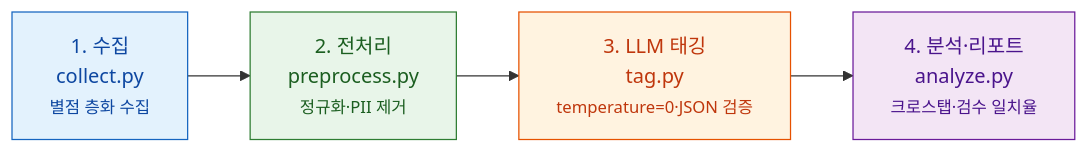
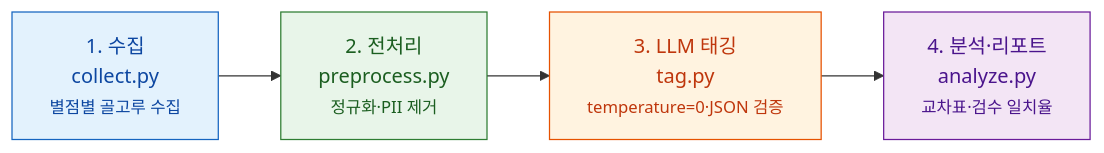
One commit to steve0joo/snow-ai-cs changed the second of 2 diagrams in README.md. Above: the diagram before and after it, drawn with Mermaid. The commit also changed other lines of this file, not shown here.

````diff
--- a/README.md
+++ b/README.md
@@ -201,10 +139,10 @@
 ```mermaid
 flowchart LR
-    A["1. 수집<br/>collect.py<br/><small>별점 층화 수집</small>"] --> B["2. 전처리<br/>preprocess.py<br/><small>정규화·PII 제거</small>"]
+    A["1. 수집<br/>collect.py<br/><small>별점별 골고루 수집</small>"] --> B["2. 전처리<br/>preprocess.py<br/><small>정규화·PII 제거</small>"]
     B --> C["3. LLM 태깅<br/>tag.py<br/><small>temperature=0·JSON 검증</small>"]
-    C --> D["4. 분석·리포트<br/>analyze.py<br/><small>크로스탭·검수 일치율</small>"]
+    C --> D["4. 분석·리포트<br/>analyze.py<br/><small>교차표·검수 일치율</small>"]
     style A fill:#E3F2FD,stroke:#1565C0,color:#0D47A1
     style B fill:#E8F5E9,stroke:#2E7D32,color:#1B5E20
     style C fill:#FFF3E0,stroke:#E65100,color:#BF360C
     style D fill:#F3E5F5,stroke:#6A1B9A,color:#4A148C
 ```
````
